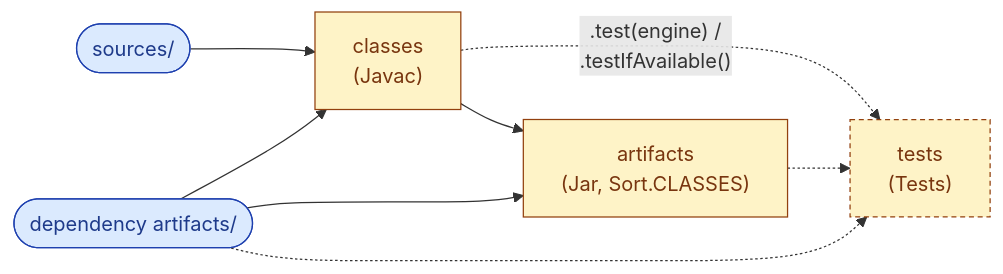
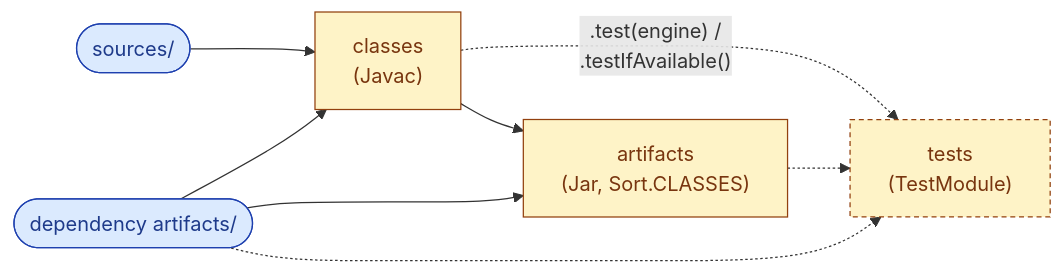
One commit to raphw/jenesis changed the first of 6 diagrams in README.md. Above: the diagram before and after it, drawn with Mermaid. The commit also changed other lines of this file and 35 other files, not shown here.

````diff
--- a/README.md
+++ b/README.md
@@ -245,18 +245,18 @@
 ```mermaid
 flowchart LR
   classDef input fill:#dbeafe,stroke:#1e40af,color:#1e3a8a;
   classDef step fill:#fef3c7,stroke:#92400e,color:#78350f;
   classDef optional fill:#fef3c7,stroke:#92400e,color:#78350f,stroke-dasharray:4 3;
   src(["sources/"]):::input
   arts(["dependency artifacts/"]):::input
   classes["classes<br/>(Javac)"]:::step
   artifacts["artifacts<br/>(Jar, Sort.CLASSES)"]:::step
-  tests["tests<br/>(Tests)"]:::optional
+  tests["tests<br/>(TestModule)"]:::optional
   src --> classes
   arts --> classes
   classes --> artifacts
   arts --> artifacts
   classes -.->|".test(engine) /<br/>.testIfAvailable()"| tests
   artifacts -.-> tests
   arts -.-> tests
 ```
````
